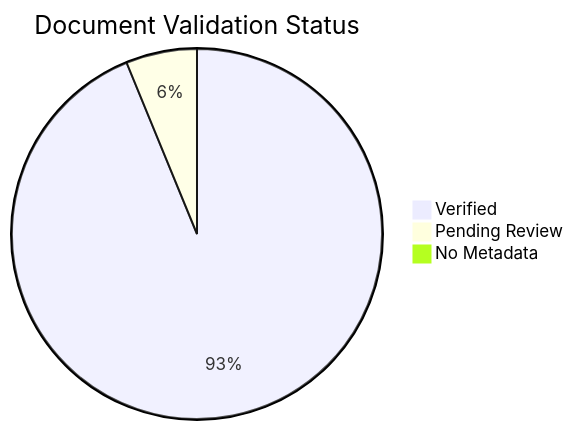
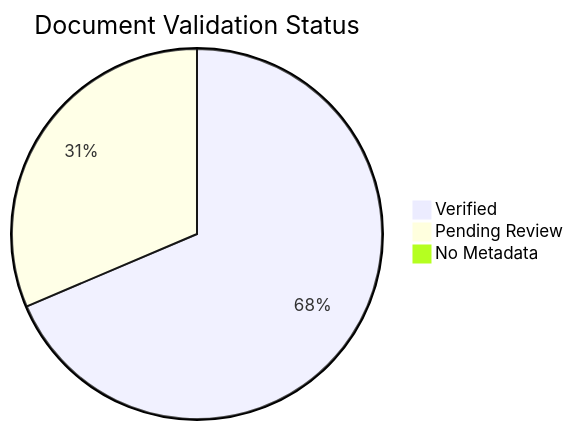
Before and after one commit to yeongseon/azure-container-apps-practical-guide: the diagram in docs/reference/content-validation-status.md, drawn with Mermaid. The commit also changed other lines of this file and 94 other files, not shown here.

````diff
--- a/docs/reference/content-validation-status.md
+++ b/docs/reference/content-validation-status.md
@@ -35,6 +35,6 @@
 ```mermaid
 pie title Document Validation Status
-    "Verified" : 136
-    "Pending Review" : 9
+    "Verified" : 142
+    "Pending Review" : 65
     "No Metadata" : 1
 ```
````
